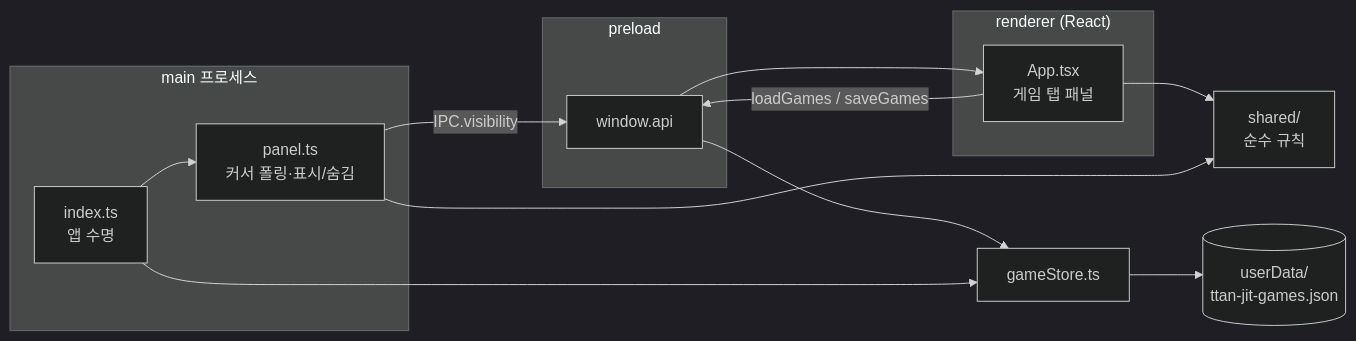
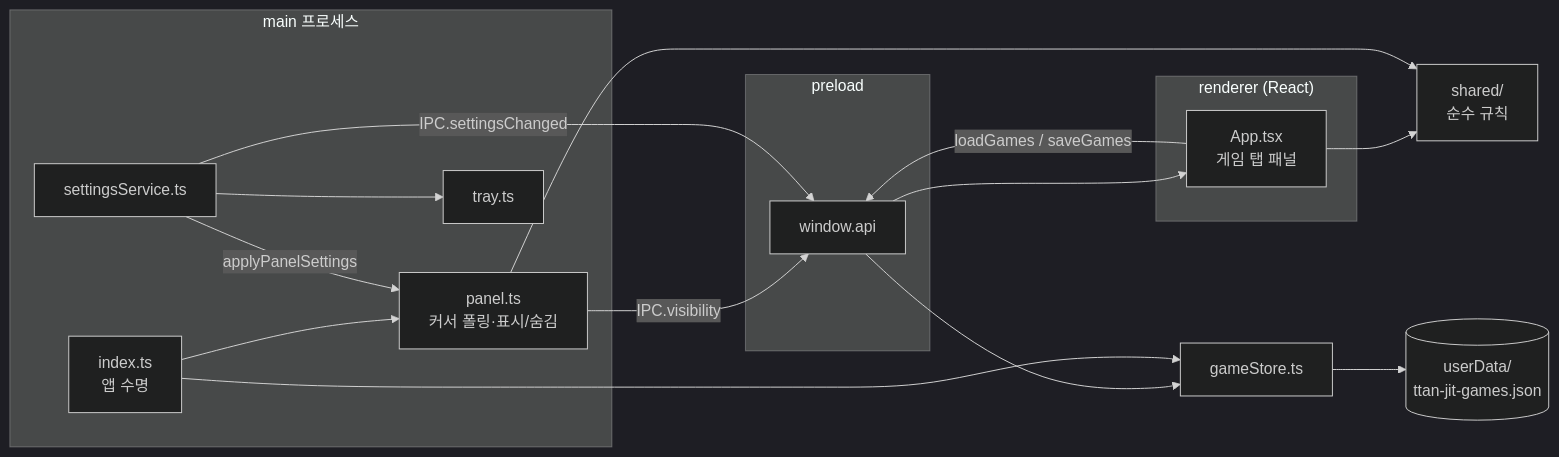
The diagram in apps/ttan-jit/ARCHITECTURE.md (JangAJang/jja-dal-si-ri), drawn with Mermaid (dark theme) before and after one commit. The commit also changed other lines of this file and 23 other files, not shown here.

````diff
--- a/apps/ttan-jit/ARCHITECTURE.md
+++ b/apps/ttan-jit/ARCHITECTURE.md
@@ -8,22 +8,27 @@
 ```mermaid
 flowchart LR
   subgraph main["main 프로세스"]
     life["index.ts<br/>앱 수명"]
     panel["panel.ts<br/>커서 폴링·표시/숨김"]
+    settings["settingsService.ts"]
+    tray["tray.ts"]
   end
   subgraph preload
     api["window.api"]
   end
   subgraph renderer["renderer (React)"]
     app["App.tsx<br/>게임 탭 패널"]
   end
   shared["shared/<br/>순수 규칙"]
   file[("userData/<br/>ttan-jit-games.json")]
 
   life --> panel
   panel -- "IPC.visibility" --> api --> app
   app --> shared
   panel --> shared
   app -- "loadGames / saveGames" --> api --> store["gameStore.ts"] --> file
   life --> store
+  settings -- "applyPanelSettings" --> panel
+  settings --> tray
+  settings -- "IPC.settingsChanged" --> api
 ```
````
